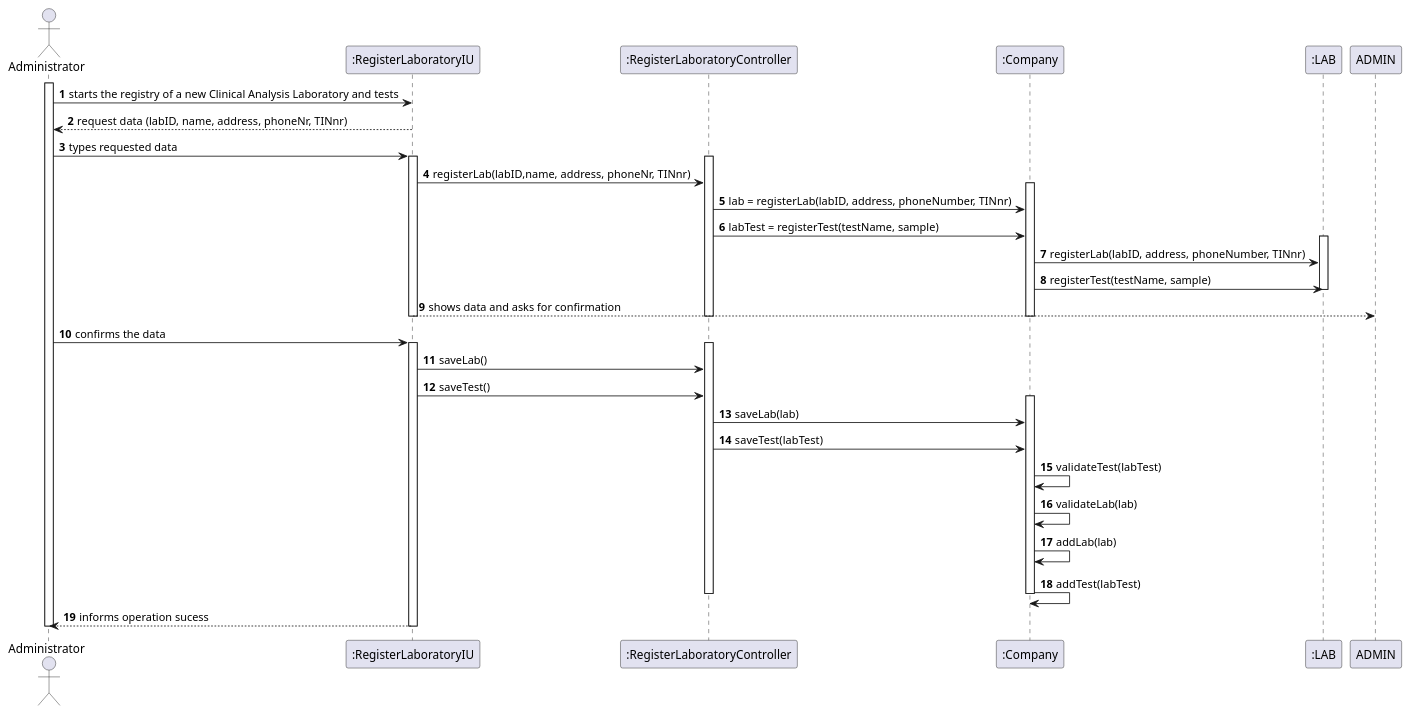
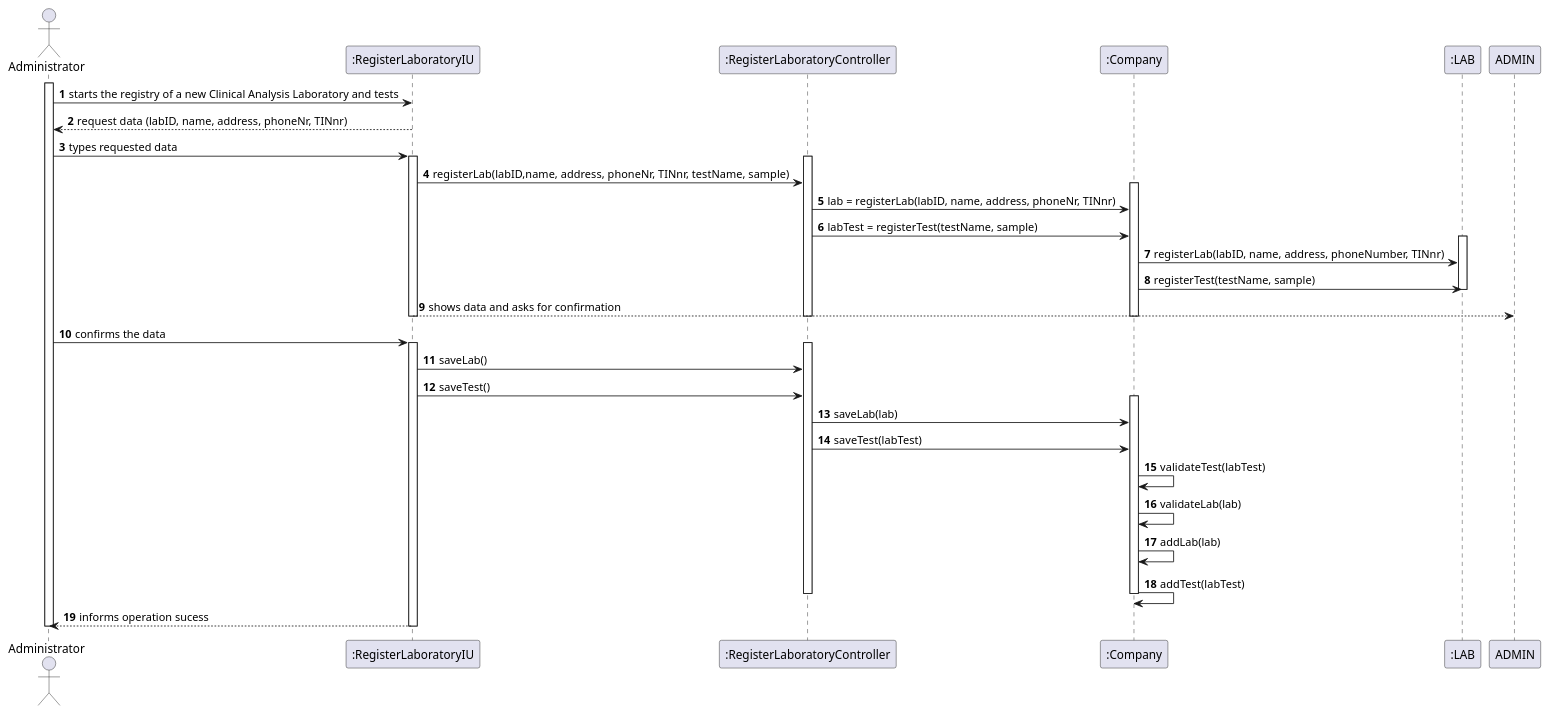
The diagram in docs/SprintB/US8/US8_SD.puml (jsmarques98/LAPR2-ISEP), drawn with PlantUML before and after one commit. The commit also changed 2 other files, not shown here.

```diff
--- a/docs/SprintB/US8/US8_SD.puml
+++ b/docs/SprintB/US8/US8_SD.puml
@@ -1,70 +1,70 @@
 @startuml
 autonumber
 
 actor "Administrator" as Admin
 
 participant ":RegisterLaboratoryIU" as IU
 participant ":RegisterLaboratoryController" as RLC
 participant ":Company" as COM
 participant ":LAB" as LAB
 
 activate Admin
 
 Admin -> IU : starts the registry of a new Clinical Analysis Laboratory and tests
 IU --> Admin : request data (labID, name, address, phoneNr, TINnr)
 
 Admin -> IU : types requested data
 
 activate IU
 activate RLC
 
-IU -> RLC : registerLab(labID,name, address, phoneNr, TINnr)
+IU -> RLC : registerLab(labID,name, address, phoneNr, TINnr, testName, sample)
 
 activate COM
 
-RLC -> COM : lab = registerLab(labID, address, phoneNumber, TINnr)
+RLC -> COM : lab = registerLab(labID, name, address, phoneNr, TINnr)
 RLC -> COM : labTest = registerTest(testName, sample)
 
 activate LAB
 
-COM -> LAB : registerLab(labID, address, phoneNumber, TINnr)
+COM -> LAB : registerLab(labID, name, address, phoneNumber, TINnr)
 COM -> LAB : registerTest(testName, sample)
 
 deactivate LAB
 
 IU --> ADMIN : shows data and asks for confirmation
 
 deactivate IU
 deactivate RLC
 deactivate COM
 
 Admin -> IU : confirms the data
 
 activate IU
 activate RLC
 
 IU -> RLC : saveLab()
 IU -> RLC : saveTest()
 
 activate COM
 
 RLC -> COM : saveLab(lab)
 RLC -> COM : saveTest(labTest)
 
 COM -> COM : validateTest(labTest)
 
 COM -> COM : validateLab(lab)
 
 COM -> COM : addLab(lab)
 
 COM -> COM : addTest(labTest)
 
 deactivate COM
 deactivate RLC
 
 IU --> Admin : informs operation sucess
 
 deactivate IU
 deactivate Admin
 
 @enduml
```
